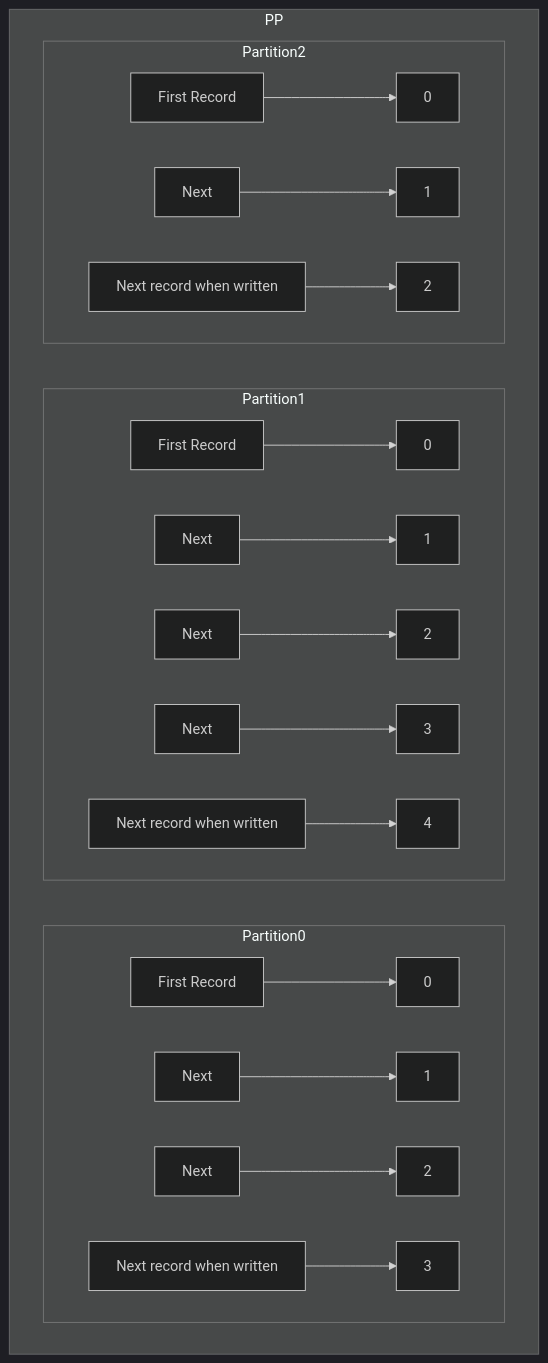
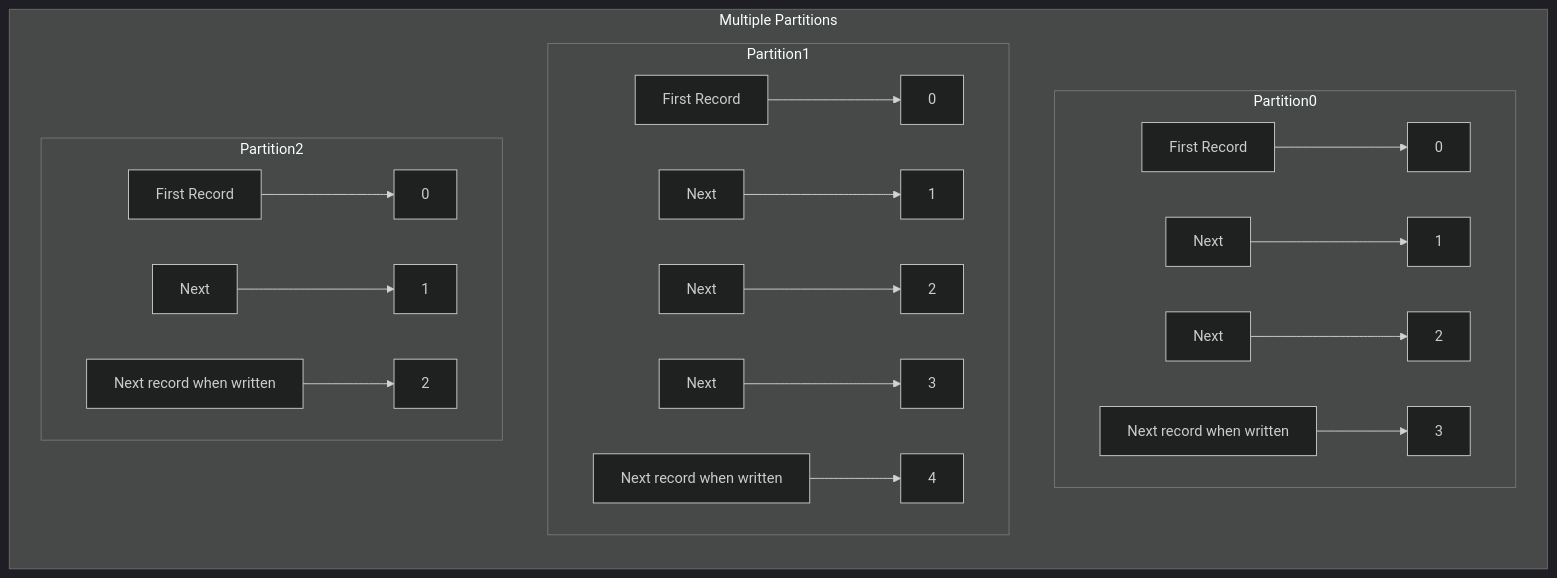
Before and after one commit to vikrampawar/learn-kafka: the fourth of 9 diagrams in pages/ILoveLogsApacheKafkaAndRealTimeDataIntegration.md, drawn with Mermaid (dark theme). The commit also changed other lines of this file, not shown here.

````diff
--- a/pages/ILoveLogsApacheKafkaAndRealTimeDataIntegration.md
+++ b/pages/ILoveLogsApacheKafkaAndRealTimeDataIntegration.md
@@ -227,54 +217,54 @@
 ```mermaid
-flowchart
+flowchart LR
         FA[First Record]
         0A[0]
         1A[1]
         2A[2]
         3A[3]
         LA[Next record when written]
 
 
         FB[First Record]
         0B[0]
         1B[1]
         2B[2]
         3B[3]
         4B[4]
 
         FC[First Record]
         0C[0]
         1C[1]
         2C[2]
         LC[Next record when written]
         LB[Next record when written]
 
-    subgraph "PP"
+    subgraph "Multiple Partitions"
 
         subgraph Partition0
             direction LR
             FA --> 0A
             N1A[Next] --> 1A
             N2A[Next] --> 2A
             LA --> 3A
         end
 
         subgraph Partition1
             direction LR
             FB --> 0B
             N1B[Next] --> 1B
             N2B[Next] --> 2B
             N3B[Next] --> 3B
             LB --> 4B
         end
 
 
         subgraph Partition2
             direction LR
              FC       --> 0C
             N1C[Next] --> 1C
              LC       --> 2C
         end
 
     end
 
 ```
````
